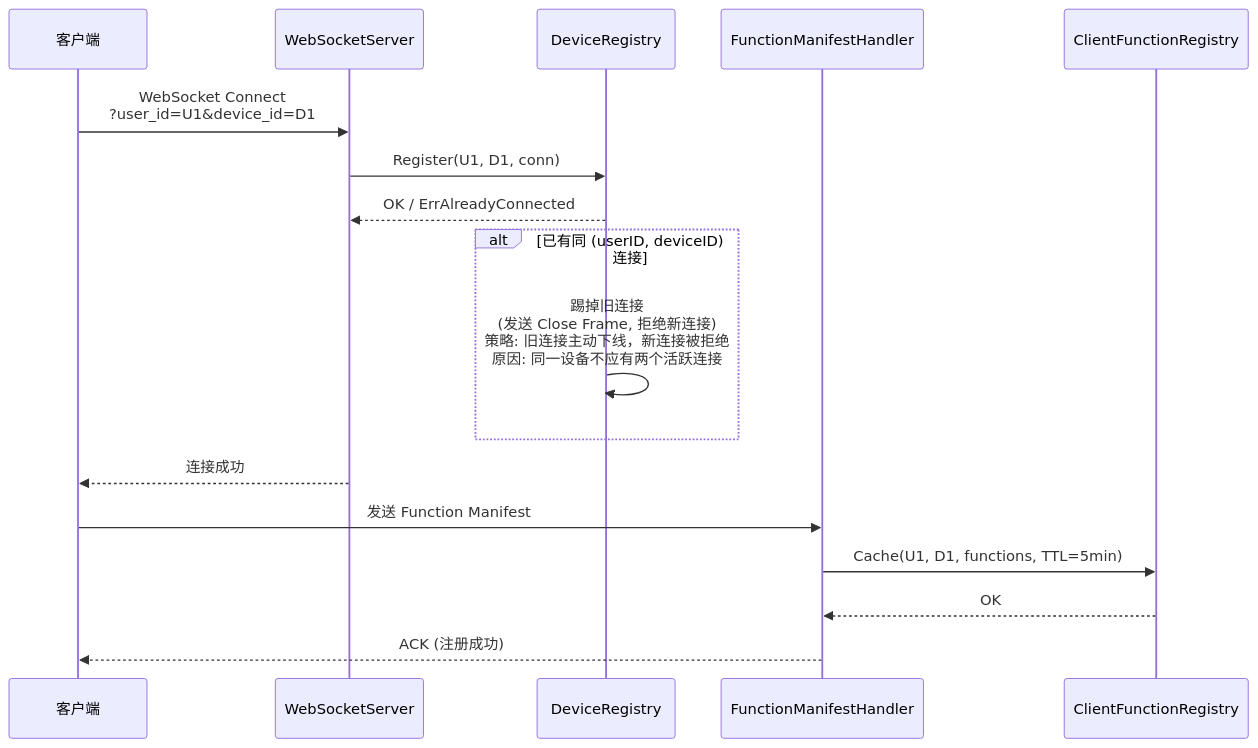
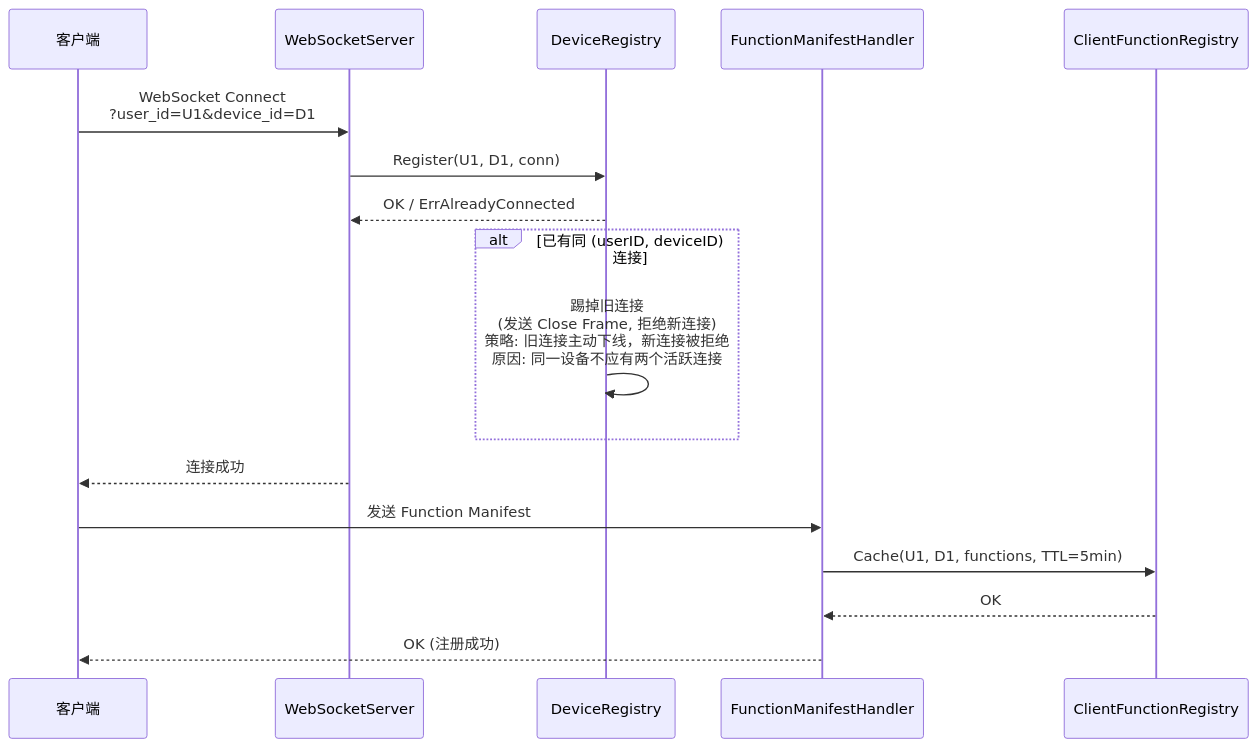
One commit to PineappleBond/xyncra-server changed the ninth of 20 diagrams in docs/DESIGN_CLIENT_FUNCTION_AGENT_TOOLS.md. Above: the diagram before and after it, drawn with Mermaid. The commit also changed other lines of this file, not shown here.

First line of the commit message:
docs: remove ACK mechanism, add (userID,deviceID) connection constraint

````diff
--- a/docs/DESIGN_CLIENT_FUNCTION_AGENT_TOOLS.md
+++ b/docs/DESIGN_CLIENT_FUNCTION_AGENT_TOOLS.md
@@ -324,22 +329,22 @@
 ```mermaid
 sequenceDiagram
     participant Client as 客户端
     participant WS as WebSocketServer
     participant DR as DeviceRegistry
     participant FMR as FunctionManifestHandler
     participant CFR as ClientFunctionRegistry
 
     Client->>WS: WebSocket Connect<br/>?user_id=U1&device_id=D1
     WS->>DR: Register(U1, D1, conn)
     DR-->>WS: OK / ErrAlreadyConnected
 
     alt 已有同 (userID, deviceID) 连接
         DR->>DR: 踢掉旧连接<br/>(发送 Close Frame, 拒绝新连接)<br/>策略: 旧连接主动下线，新连接被拒绝<br/>原因: 同一设备不应有两个活跃连接
     end
 
     WS-->>Client: 连接成功
     Client->>FMR: 发送 Function Manifest
     FMR->>CFR: Cache(U1, D1, functions, TTL=5min)
     CFR-->>FMR: OK
-    FMR-->>Client: ACK (注册成功)
+    FMR-->>Client: OK (注册成功)
 ```
````
